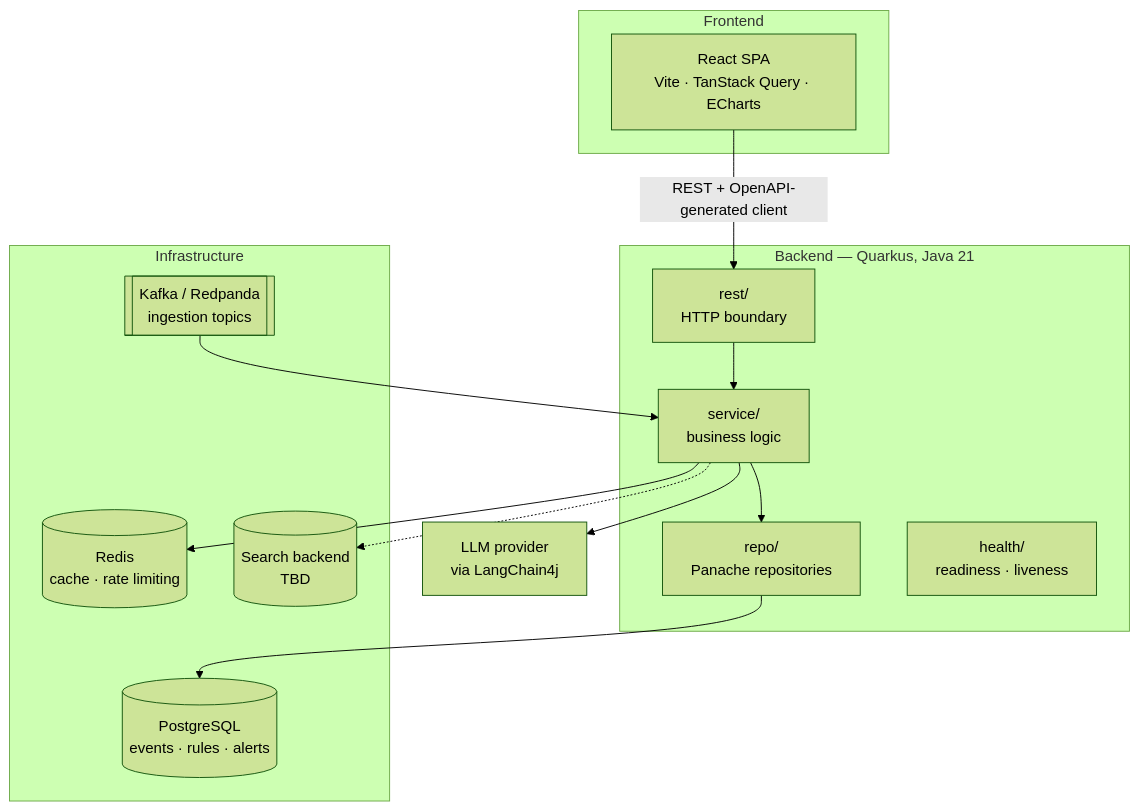
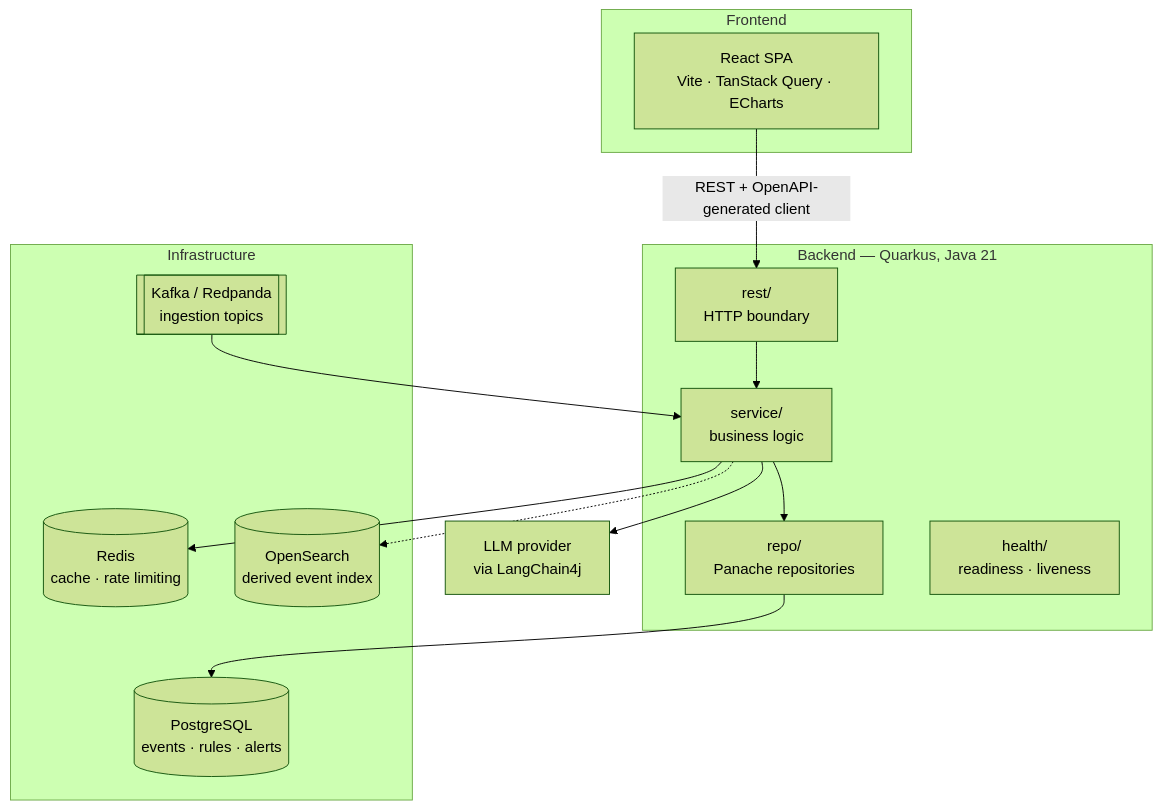
One commit to AI-SIEM-logs-analyzer/ai-siem-logs-analyzer changed the second of 3 diagrams in docs/ARCHITECTURE.md. Above: the diagram before and after it, drawn with Mermaid (forest theme). The commit also changed other lines of this file and 39 other files, not shown here.

First line of the commit message:
Introduce OpenSearch integration with indexing, search, and backfill tasks (#84)

````diff
--- a/docs/ARCHITECTURE.md
+++ b/docs/ARCHITECTURE.md
@@ -41,32 +41,32 @@
 ```mermaid
 %% Placeholder — component boundaries are provisional and will move as features land.
 flowchart TB
     subgraph client[Frontend]
         spa[React SPA<br/>Vite · TanStack Query · ECharts]
     end
 
     subgraph api[Backend — Quarkus, Java 21]
         rest[rest/<br/>HTTP boundary]
         service[service/<br/>business logic]
         repo[repo/<br/>Panache repositories]
         health[health/<br/>readiness · liveness]
     end
 
     subgraph infra[Infrastructure]
         pg[(PostgreSQL<br/>events · rules · alerts)]
         redis[(Redis<br/>cache · rate limiting)]
         kafka[[Kafka / Redpanda<br/>ingestion topics]]
-        search[(Search backend<br/>TBD)]
+        search[(OpenSearch<br/>derived event index)]
     end
 
     llm[LLM provider<br/>via LangChain4j]
 
     spa -->|REST + OpenAPI-generated client| rest
     rest --> service
     service --> repo
     repo --> pg
     service --> redis
     service --> llm
     kafka --> service
     service -.-> search
 ```
````
